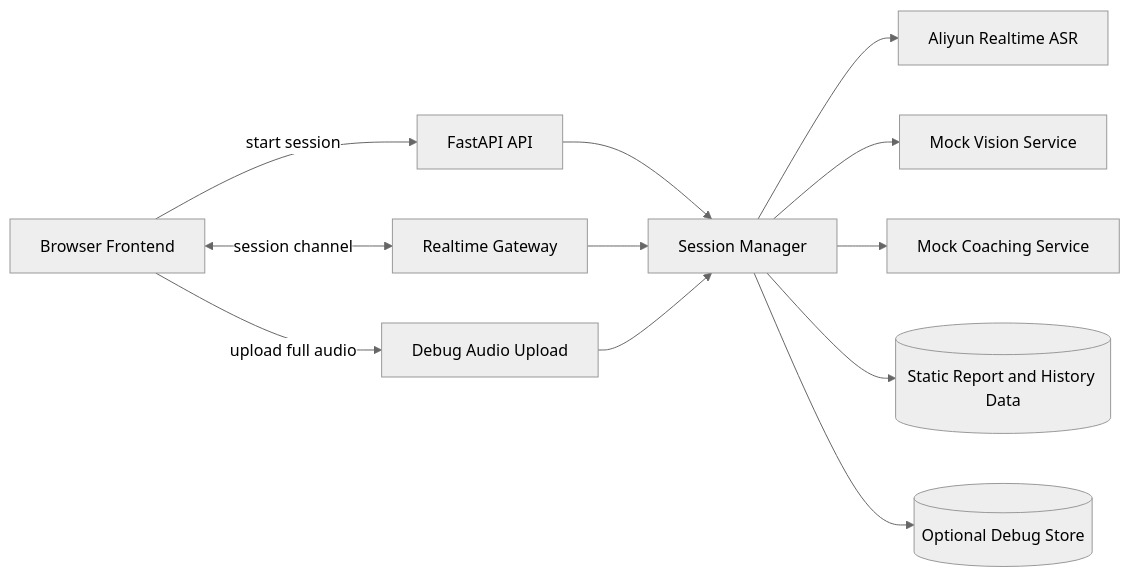
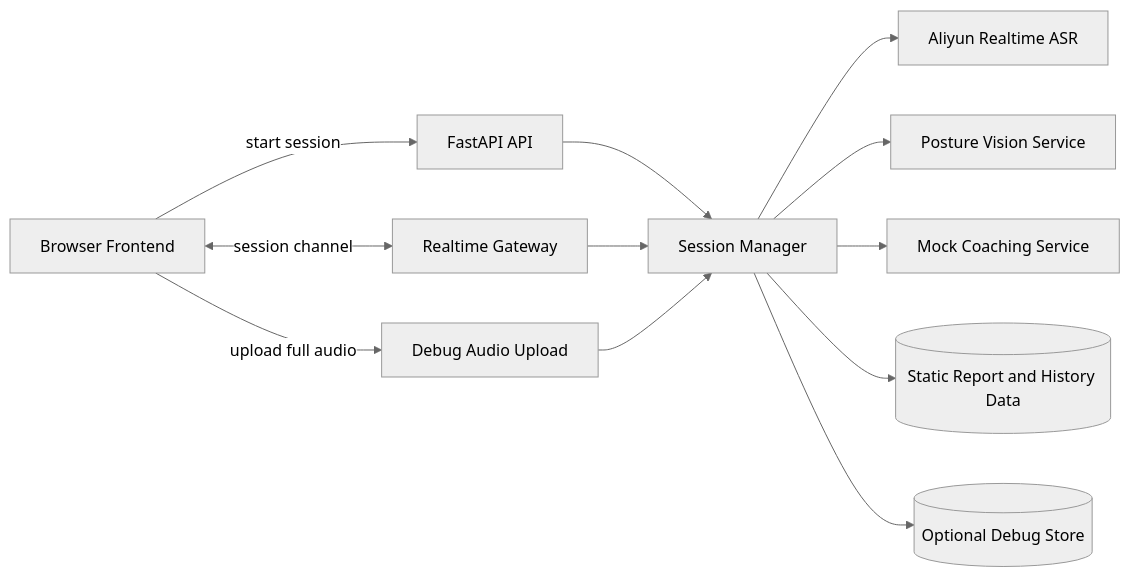
The diagram in backend/REALTIME_ARCHITECTURE.md (Nigel-yuan/speak_up), drawn with Mermaid (neutral theme) before and after one commit. The commit also changed other lines of this file and 22 other files, not shown here.

````diff
--- a/backend/REALTIME_ARCHITECTURE.md
+++ b/backend/REALTIME_ARCHITECTURE.md
@@ -43,16 +49,16 @@
 ```mermaid
 flowchart LR
     A[Browser Frontend] -->|start session| B[FastAPI API]
     A <-->|session channel| C[Realtime Gateway]
     A -->|upload full audio| D[Debug Audio Upload]
 
     B --> E[Session Manager]
     C --> E
     D --> E
 
     E --> F[Aliyun Realtime ASR]
-    E --> G[Mock Vision Service]
+    E --> G[Posture Vision Service]
     E --> H[Mock Coaching Service]
     E --> I[(Static Report and History Data)]
     E --> J[(Optional Debug Store)]
 ```
````
